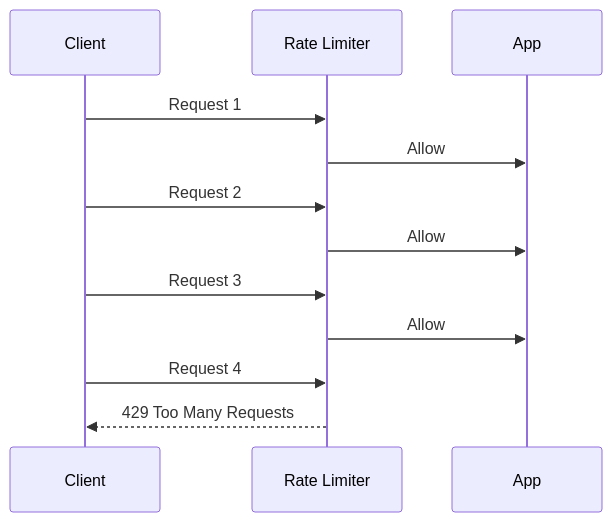
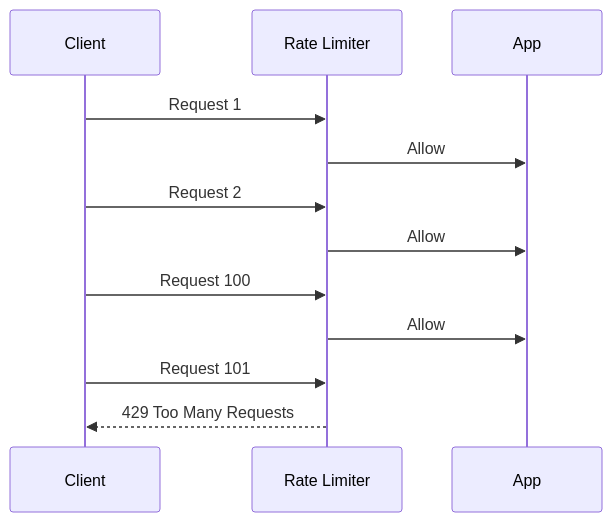
One commit to shivi11sep/scalable-system-design changed the sixth of 8 diagrams in 01-fundamentals/ratelimiter.md. Above: the diagram before and after it, drawn with Mermaid. The commit also changed other lines of this file, not shown here.

````diff
--- a/01-fundamentals/ratelimiter.md
+++ b/01-fundamentals/ratelimiter.md
@@ -110,15 +348,15 @@
 ```mermaid
 sequenceDiagram
     participant Client
     participant RL as Rate Limiter
     participant App
 
     Client->>RL: Request 1
     RL->>App: Allow
     Client->>RL: Request 2
     RL->>App: Allow
-    Client->>RL: Request 3
+    Client->>RL: Request 100
     RL->>App: Allow
-    Client->>RL: Request 4
+    Client->>RL: Request 101
     RL-->>Client: 429 Too Many Requests
 ```
````
